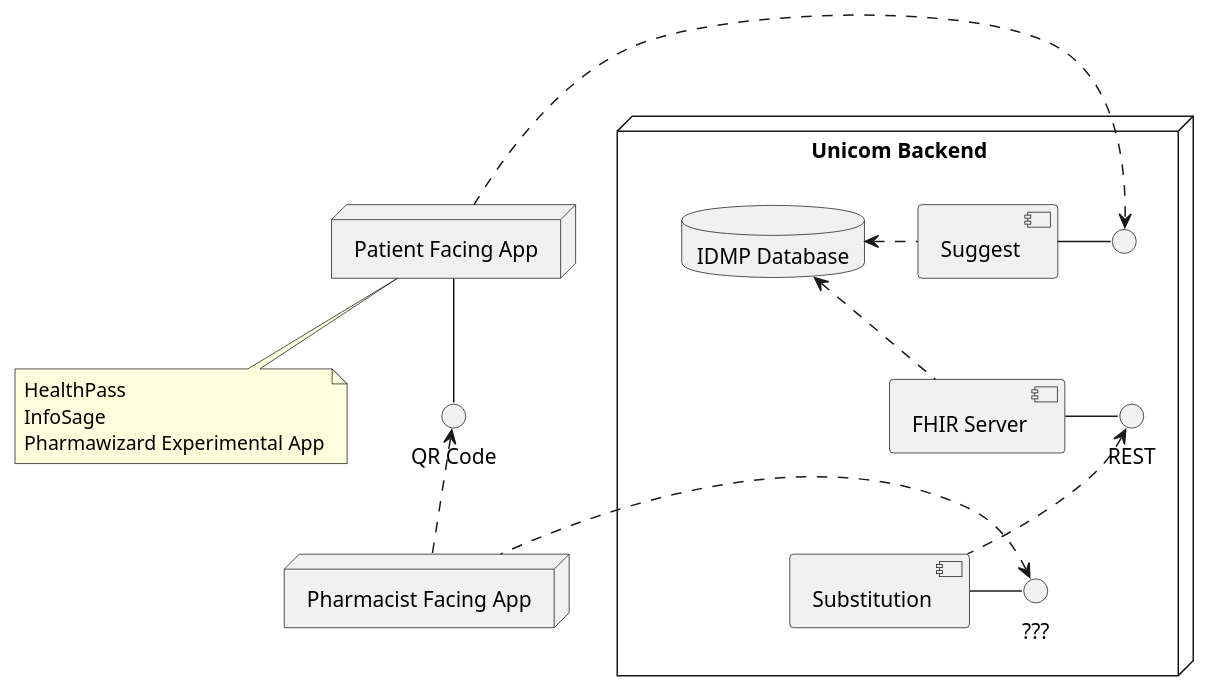
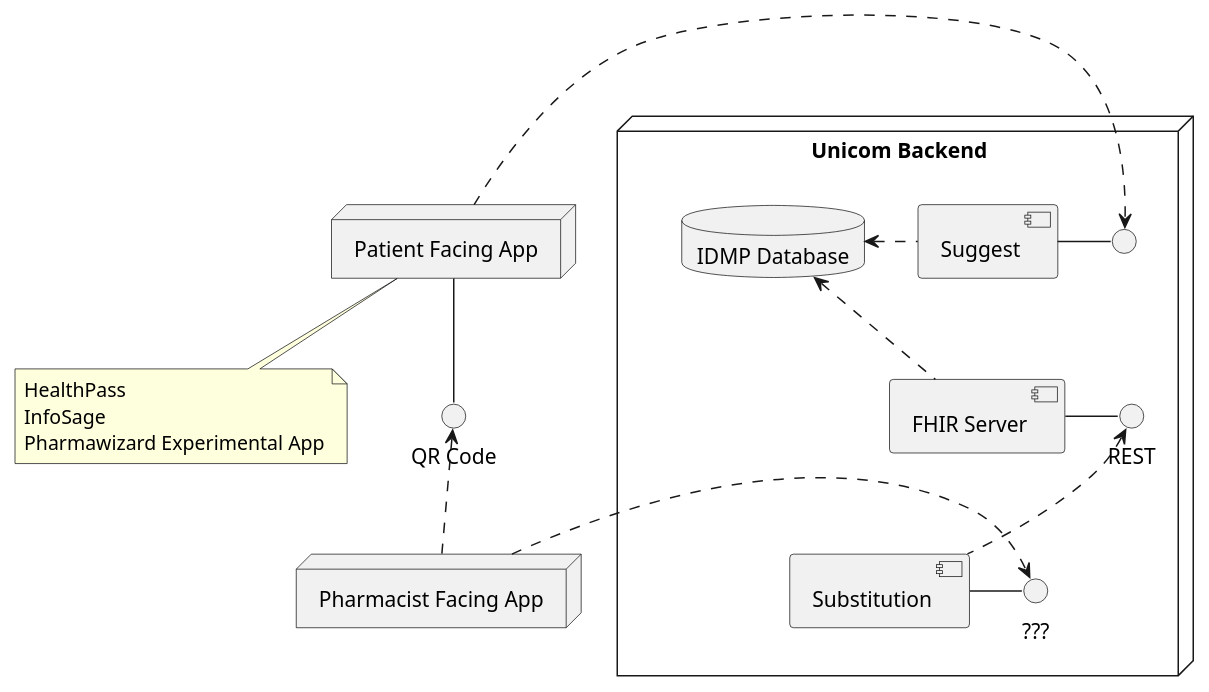
The diagram in uml/component/component.puml (unicom-project-eu/wp6-db-api), drawn with PlantUML before and after one commit.

Commit message:
Made line straigthù

```diff
--- a/uml/component/component.puml
+++ b/uml/component/component.puml
@@ -1,50 +1,50 @@
 @startuml
 
 node "Unicom Backend" as unicomBackend {
     together {
         interface " " as suggestInt
         component "Suggest" as suggest
         suggest - suggestInt
 
         interface REST
         component "FHIR Server" as fhir
         fhir - REST
     }
 
     together {
         component "Substitution" as substitution
         interface "???" as substitutionInt
         substitution - substitutionInt
     }
 
     database "IDMP Database" as idmpdb
 
     idmpdb <.r. fhir
     idmpdb <.r. suggest
     suggest -[hidden]- fhir
     REST <.. substitution
 }
 
 together {
     node "Patient Facing App" as patientApp {
     }
     interface "QR Code" as qrCode
     patientApp -- qrCode
     suggestInt <.l. patientApp
 
     note top of patientApp {
         HealthPass
         InfoSage
         Pharmawizard Experimental App
     }
 }
 
 together {
     node "Pharmacist Facing App" as pharmacistApp
-    qrCode <.. pharmacistApp
-    substitutionInt <. pharmacistApp
+    qrCode <.d. pharmacistApp
+    substitutionInt <.l. pharmacistApp
 }
 
 unicomBackend -[hidden] patientApp
 
 @enduml
```
